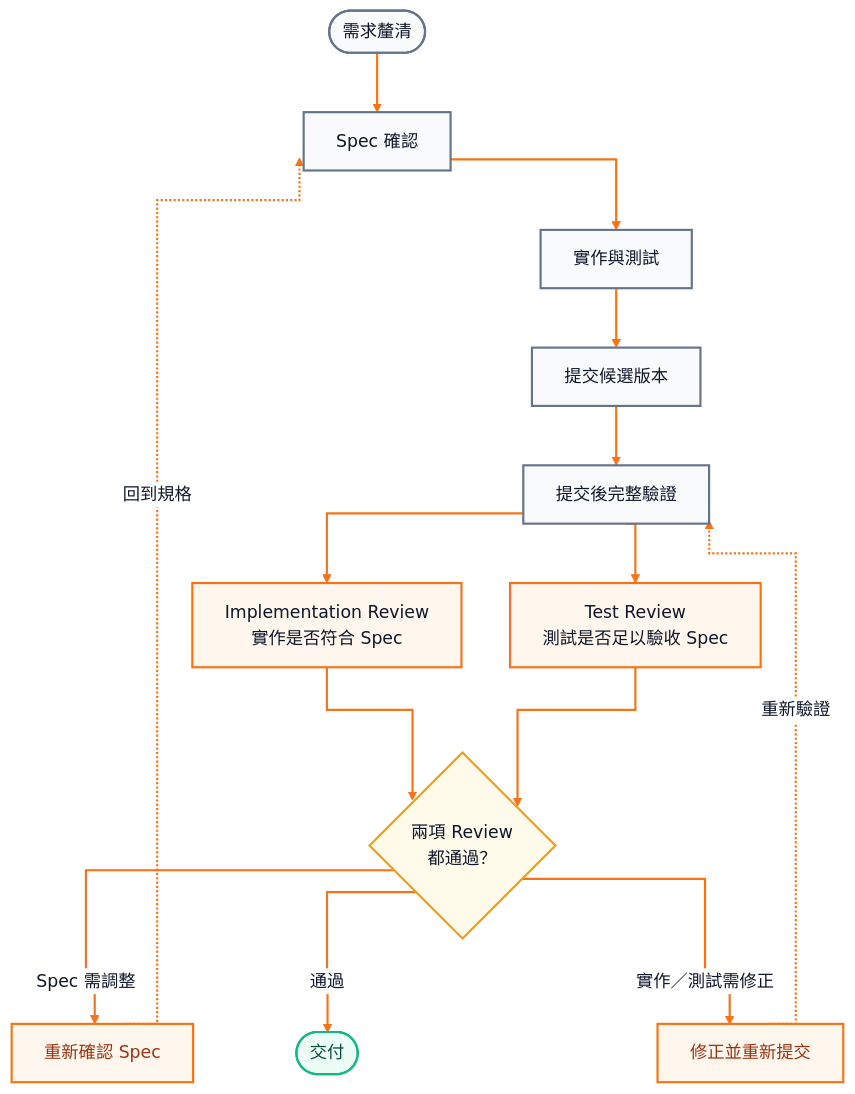
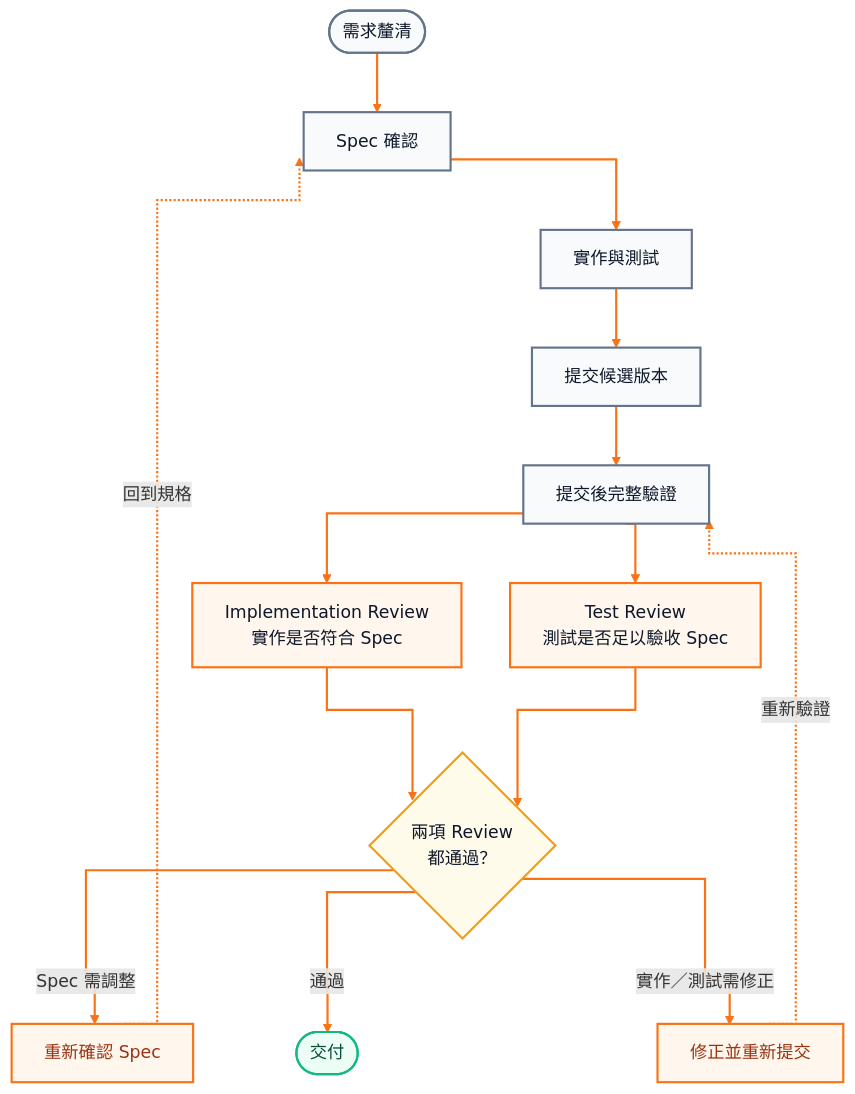
Before and after one commit to kof1016/trying-to-control-ai: the second of 2 diagrams in README.md, drawn with Mermaid. The commit also changed other lines of this file, not shown here.

Commit message:
docs: adapt Mermaid colors for GitHub themes

````diff
--- a/README.md
+++ b/README.md
@@ -87,42 +81,38 @@
 ```mermaid
 %%{init: {
-  "theme": "base",
   "themeVariables": {
-    "background": "#FFFFFF",
     "fontFamily": "Microsoft JhengHei, Noto Sans TC, Arial, sans-serif",
-    "primaryTextColor": "#0F172A",
-    "lineColor": "#F97316",
-    "edgeLabelBackground": "#FFFFFF"
+    "lineColor": "#F97316"
   },
   "flowchart": {
     "curve": "stepAfter",
     "nodeSpacing": 45,
     "rankSpacing": 55
   }
 }}%%
 flowchart TB
     S([需求釐清]):::start --> P[Spec 確認]:::step
     P --> I[實作與測試]:::step
     I --> C[提交候選版本]:::step
     C --> V[提交後完整驗證]:::step
 
     V --> IR["Implementation Review<br/>實作是否符合 Spec"]:::review
     V --> TR["Test Review<br/>測試是否足以驗收 Spec"]:::review
     IR --> Q{"兩項 Review<br/>都通過？"}:::decision
     TR --> Q
 
     Q -->|Spec 需調整| SF[重新確認 Spec]:::fix
     Q -->|通過| G([交付]):::delivery
     Q -->|實作／測試需修正| CF[修正並重新提交]:::fix
 
     SF -. 回到規格 .-> P
     CF -. 重新驗證 .-> V
 
     classDef start fill:#F8FAFC,stroke:#64748B,color:#0F172A,stroke-width:2px;
     classDef step fill:#F8FAFC,stroke:#64748B,color:#0F172A,stroke-width:2px;
     classDef review fill:#FFF7ED,stroke:#F97316,color:#0F172A,stroke-width:2px;
     classDef decision fill:#FFFBEB,stroke:#F59E0B,color:#0F172A,stroke-width:2px;
     classDef fix fill:#FFF7ED,stroke:#F97316,color:#9A3412,stroke-width:2px;
     classDef delivery fill:#ECFDF5,stroke:#10B981,color:#064E3B,stroke-width:2px;
     linkStyle default stroke:#F97316,stroke-width:2px;
 ```
````
